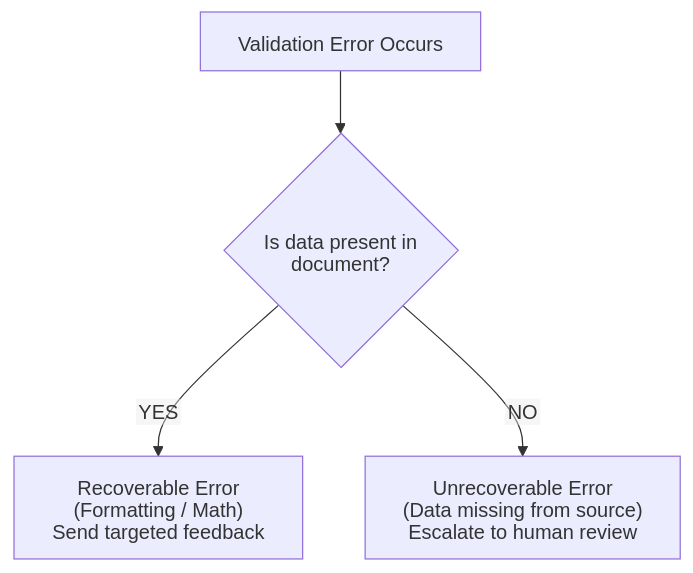
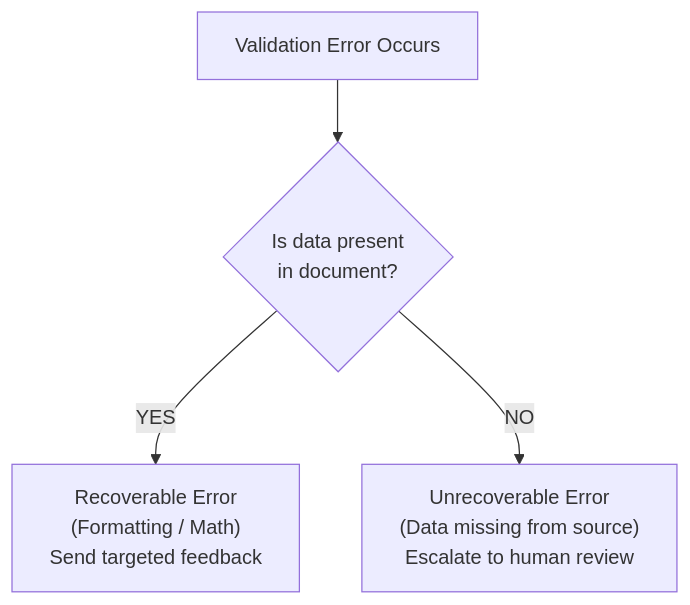
The third of 5 diagrams in domain4/KEY_CONCEPTS.md (dip4k/claude_cert_architect_foundation_prep), drawn with Mermaid before and after one commit. The commit also changed other lines of this file and 99 other files, not shown here.

````diff
--- a/domain4/KEY_CONCEPTS.md
+++ b/domain4/KEY_CONCEPTS.md
@@ -223,10 +211,6 @@
 ```mermaid
----
-config:
-  htmlLabels: false
----
 flowchart TD
-    Start["Validation Error Occurs"] --> Check{"Is data present in document?"}
+    Start["Validation Error Occurs"] --> Check{"Is data present<br>in document?"}
     Check -- "YES" --> Rec["Recoverable Error<br>(Formatting / Math)<br>Send targeted feedback"]
     Check -- "NO" --> Unrec["Unrecoverable Error<br>(Data missing from source)<br>Escalate to human review"]
 ```
````
